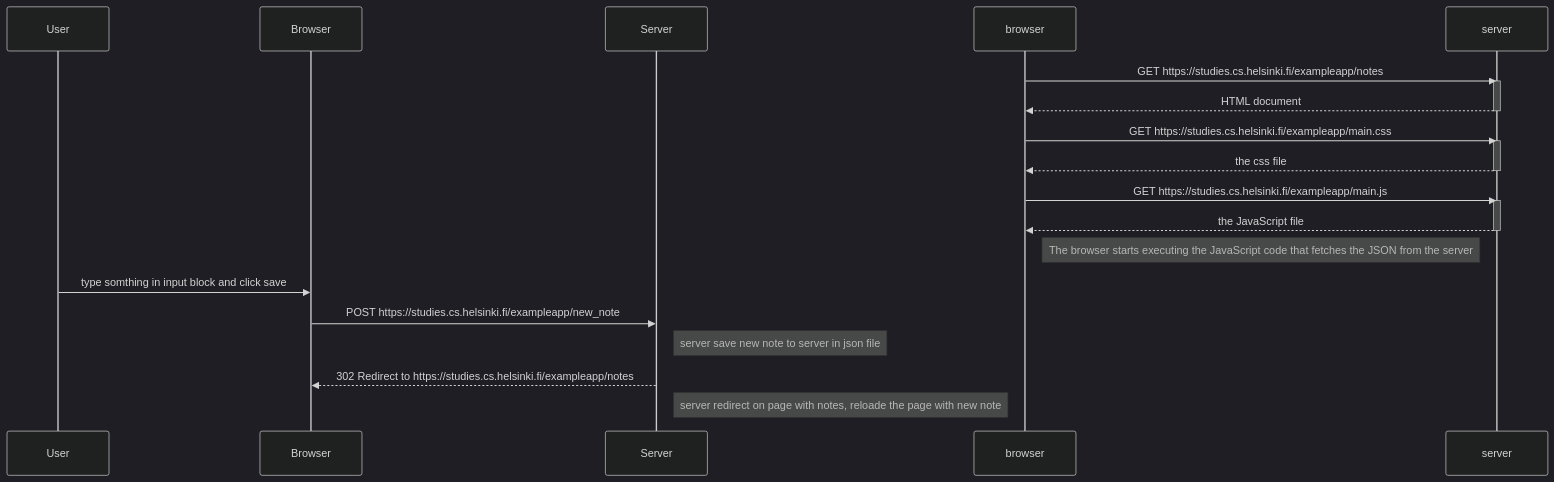
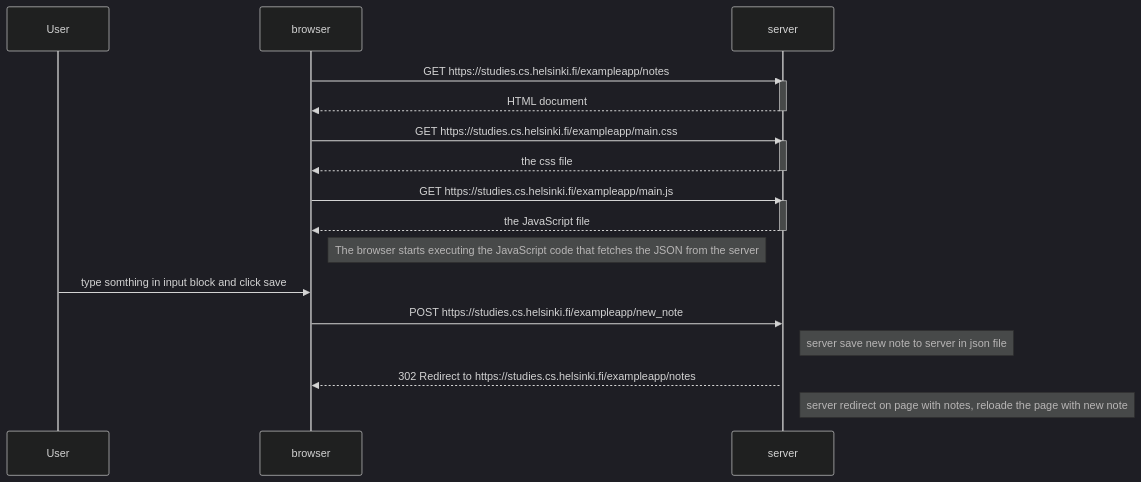
The diagram in part0/README.md (bruhanovaolga940-cmd/fullstackopen), drawn with Mermaid (dark theme) before and after one commit.

Commit message:
fixed the diagramm

````diff
--- a/part0/README.md
+++ b/part0/README.md
@@ -1,32 +1,32 @@
 ```mermaid
 sequenceDiagram
     participant User
-    participant Browser
-    participant Server
+    participant browser
+    participant server
 
     browser->>server: GET https://studies.cs.helsinki.fi/exampleapp/notes
     activate server
     server-->>browser: HTML document
     deactivate server
 
     browser->>server: GET https://studies.cs.helsinki.fi/exampleapp/main.css
     activate server
     server-->>browser: the css file
     deactivate server
 
     browser->>server: GET https://studies.cs.helsinki.fi/exampleapp/main.js
     activate server
     server-->>browser: the JavaScript file
     deactivate server
 
     Note right of browser: The browser starts executing the JavaScript code that fetches the JSON from the server
 
-    User->>Browser: type somthing in input block and click save
-    Browser->>Server: POST https://studies.cs.helsinki.fi/exampleapp/new_note
+    User->>browser: type somthing in input block and click save
+    browser->>server: POST https://studies.cs.helsinki.fi/exampleapp/new_note
     activate server
-    Note right of Server: server save new note to server in json file
+    Note right of server: server save new note to server in json file
 
-    Server-->>Browser: 302 Redirect to https://studies.cs.helsinki.fi/exampleapp/notes
-    Note right of Server: server redirect on page with notes, reloade the page with new note
+    server-->>browser: 302 Redirect to https://studies.cs.helsinki.fi/exampleapp/notes
+    Note right of server: server redirect on page with notes, reloade the page with new note
 
 ```
````
